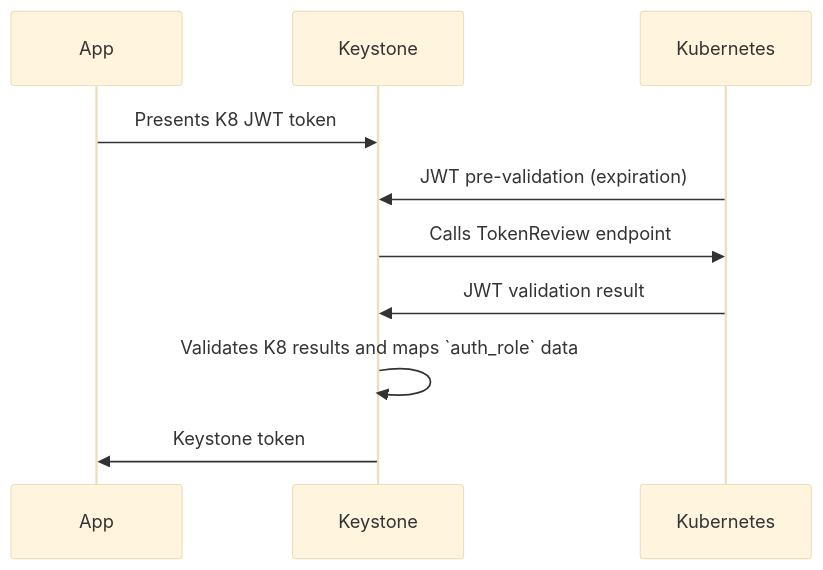
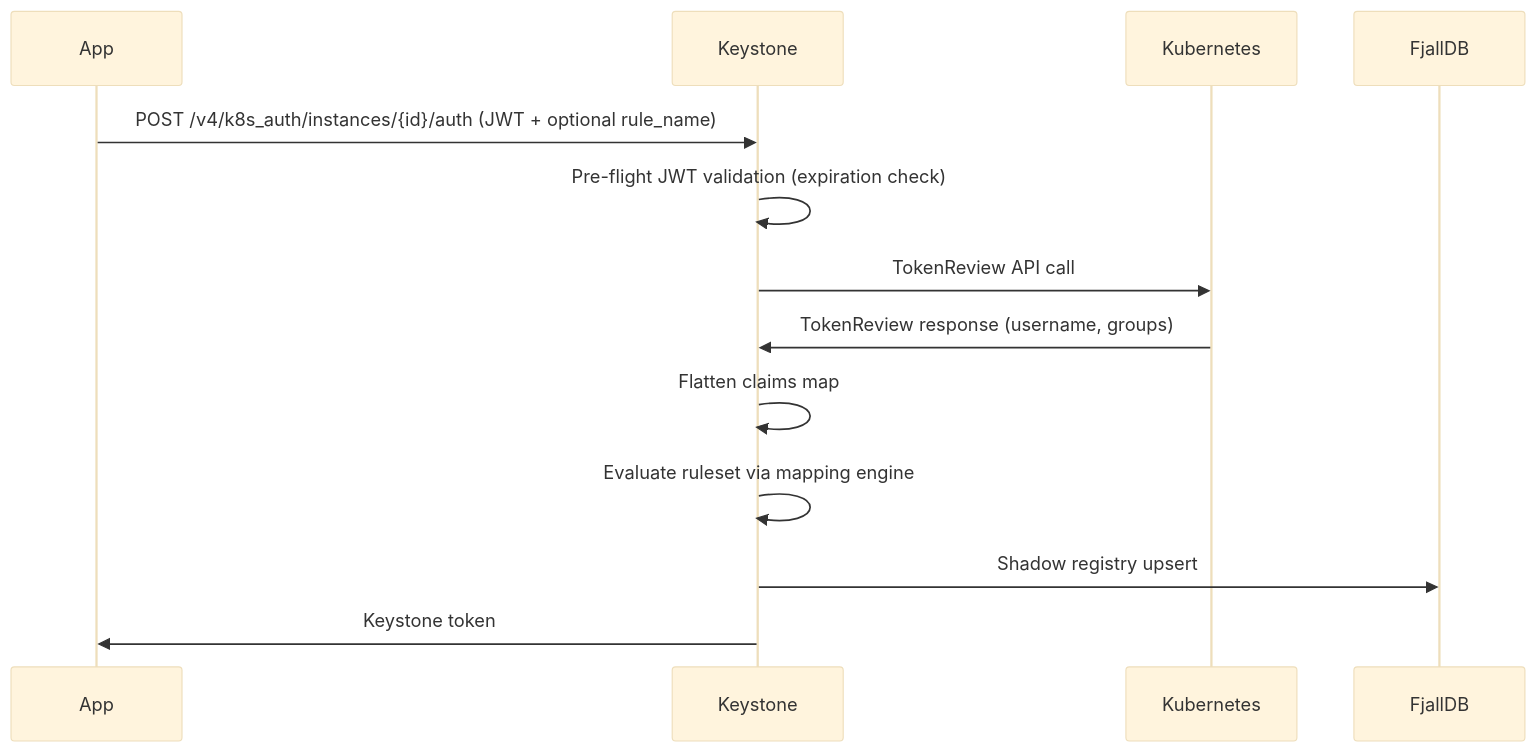
The diagram in doc/src/k8s_auth.md (openstack-experimental/keystone), drawn with Mermaid (base theme) before and after one commit. The commit also changed other lines of this file and 84 other files, not shown here.

````diff
--- a/doc/src/k8s_auth.md
+++ b/doc/src/k8s_auth.md
@@ -51,12 +32,11 @@
 ```mermaid
-
 sequenceDiagram
-
-    App ->> Keystone: Presents K8 JWT token
-    Kubernetes ->> Keystone: JWT pre-validation (expiration)
-    Keystone ->> Kubernetes: Calls TokenReview endpoint
-    Kubernetes ->> Keystone: JWT validation result
-    Keystone ->> Keystone: Validates K8 results and maps `auth_role` data
-    Keystone ->> App: Keystone token
-
+    App->>Keystone: POST /v4/k8s_auth/instances/{id}/auth (JWT + optional rule_name)
+    Keystone->>Keystone: Pre-flight JWT validation (expiration check)
+    Keystone->>Kubernetes: TokenReview API call
+    Kubernetes->>Keystone: TokenReview response (username, groups)
+    Keystone->>Keystone: Flatten claims map
+    Keystone->>Keystone: Evaluate ruleset via mapping engine
+    Keystone->>FjallDB: Shadow registry upsert
+    Keystone->>App: Keystone token
 ```
````
